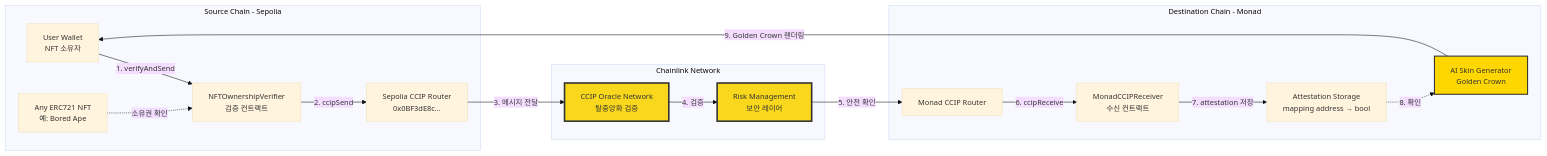
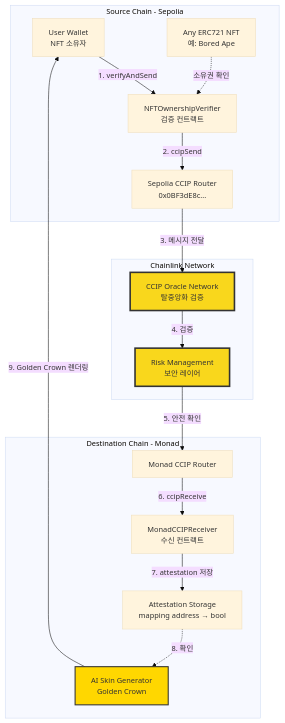
One commit to monad-developers/monad-blitz-seoul changed the first of 8 diagrams in PRESENTATION.md. Above: the diagram before and after it, drawn with Mermaid. The commit also changed other lines of this file and 2 other files, not shown here.

````diff
--- a/PRESENTATION.md
+++ b/PRESENTATION.md
@@ -129,37 +123,37 @@
 ```mermaid
 %%{init: {'theme':'base', 'themeVariables': { 'fontSize':'14px'}}}%%
-graph LR
+graph TB
     subgraph "Source Chain - Sepolia"
         A[User Wallet<br/>NFT 소유자]
         B[Any ERC721 NFT<br/>예: Bored Ape]
         C[NFTOwnershipVerifier<br/>검증 컨트랙트]
         D[Sepolia CCIP Router<br/>0x0BF3dE8c...]
     end
 
     subgraph "Chainlink Network"
         E[CCIP Oracle Network<br/>탈중앙화 검증]
         F[Risk Management<br/>보안 레이어]
     end
 
     subgraph "Destination Chain - Monad"
         G[Monad CCIP Router]
         H[MonadCCIPReceiver<br/>수신 컨트랙트]
         I[Attestation Storage<br/>mapping address → bool]
         J[AI Skin Generator<br/>Golden Crown]
     end
 
     A -->|1. verifyAndSend| C
     B -.->|소유권 확인| C
     C -->|2. ccipSend| D
     D -->|3. 메시지 전달| E
     E -->|4. 검증| F
     F -->|5. 안전 확인| G
     G -->|6. ccipReceive| H
     H -->|7. attestation 저장| I
     I -.->|8. 확인| J
     J -->|9. Golden Crown 렌더링| A
 
     style E fill:#f9d71c,stroke:#333,stroke-width:3px
     style F fill:#f9d71c,stroke:#333,stroke-width:3px
     style J fill:#ffd700,stroke:#333,stroke-width:2px
 ```
````
